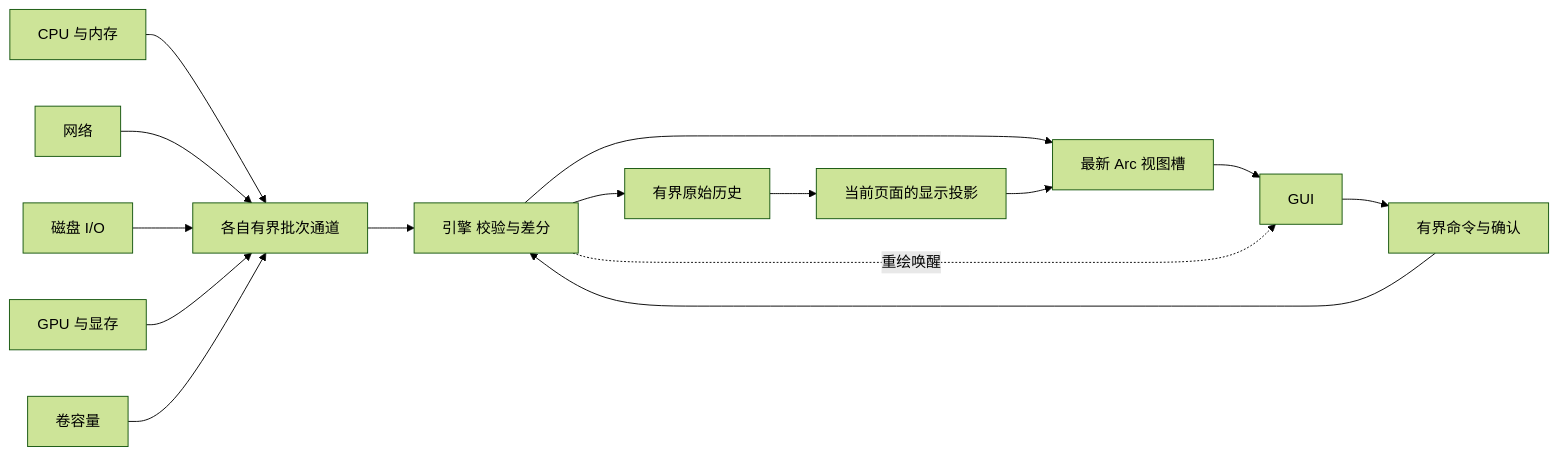
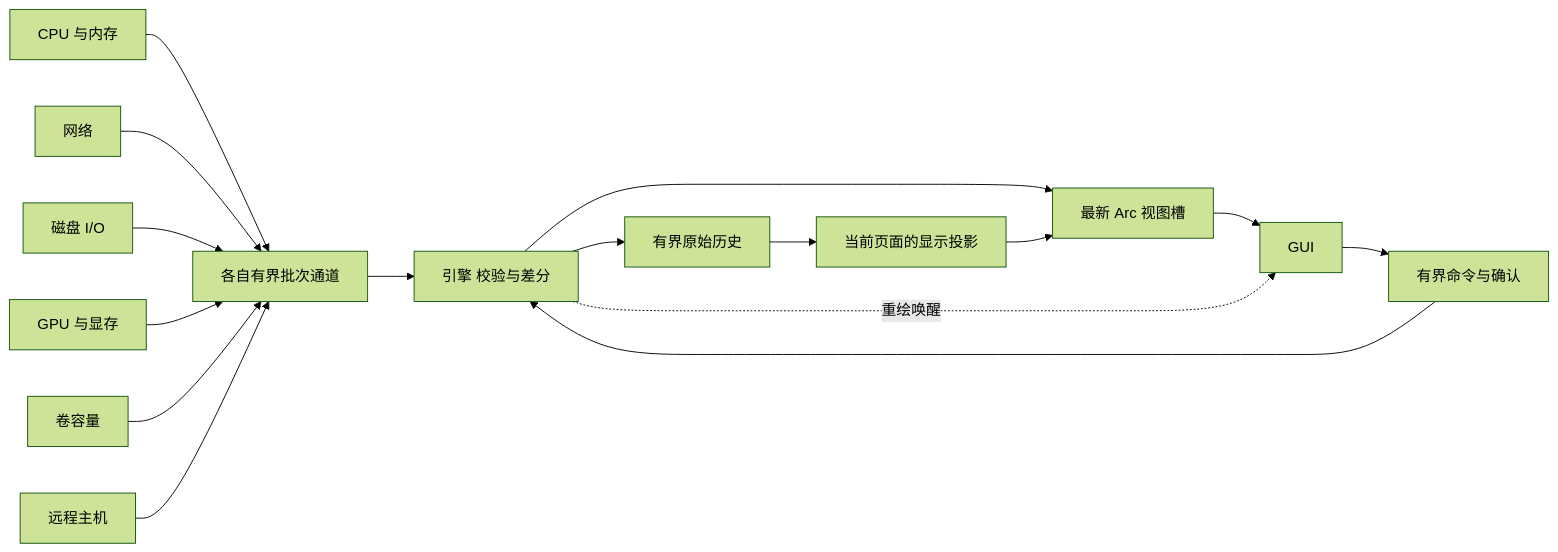
Before and after one commit to lengyc-Code/qqq_monitor: the second of 2 diagrams in docs/ARCHITECTURE.md, drawn with Mermaid (forest theme). The commit also changed other lines of this file and 43 other files, not shown here.

````diff
--- a/docs/ARCHITECTURE.md
+++ b/docs/ARCHITECTURE.md
@@ -163,17 +184,18 @@
 ```mermaid
 flowchart LR
     CPU[CPU 与内存] --> CH[各自有界批次通道]
     NET[网络] --> CH
     DISK[磁盘 I/O] --> CH
     GPU[GPU 与显存] --> CH
     VOL[卷容量] --> CH
+    SSH[远程主机] --> CH
     CH --> ENGINE[引擎 校验与差分]
     ENGINE --> HISTORY[有界原始历史]
     HISTORY --> PROJECTION[当前页面的显示投影]
     ENGINE --> SLOT[最新 Arc 视图槽]
     PROJECTION --> SLOT
     SLOT --> UI[GUI]
     UI --> COMMAND[有界命令与确认]
     COMMAND --> ENGINE
     ENGINE -. 重绘唤醒 .-> UI
 ```
````
